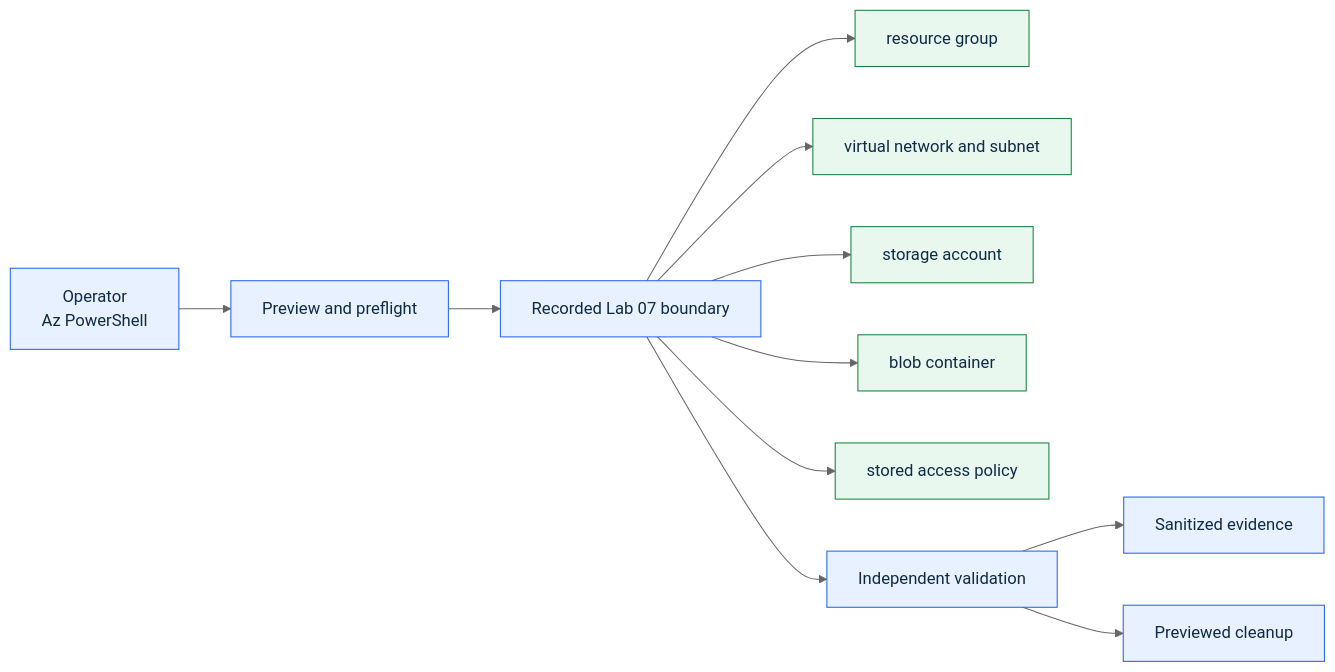
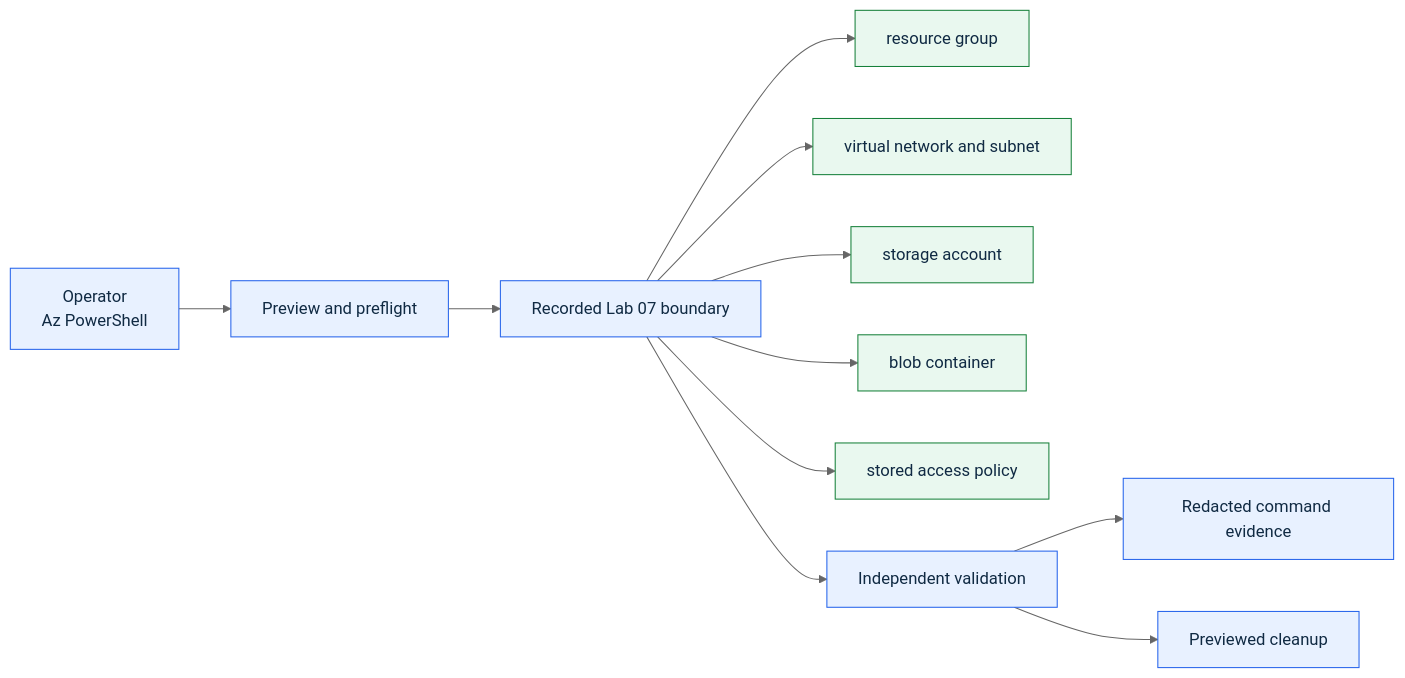
One commit to amineMehdi/az104-azure-administrator-labs changed the diagram in labs/07-storage-network-sas/diagrams/architecture.mmd. Above: the diagram before and after it, drawn with Mermaid (neutral theme). The commit also changed 267 other files, not shown here.

```diff
--- a/labs/07-storage-network-sas/diagrams/architecture.mmd
+++ b/labs/07-storage-network-sas/diagrams/architecture.mmd
@@ -1,15 +1,15 @@
 flowchart LR
     A["Operator<br/>Az PowerShell"] --> P["Preview and preflight"]
     P --> S["Recorded Lab 07 boundary"]
     S --> R1["resource group"]
     S --> R2["virtual network and subnet"]
     S --> R3["storage account"]
     S --> R4["blob container"]
     S --> R5["stored access policy"]
     S --> V["Independent validation"]
-    V --> E["Sanitized evidence"]
+    V --> E["Redacted command evidence"]
     V --> C["Previewed cleanup"]
     classDef control fill:#e8f1ff,stroke:#2563eb,color:#102a43;
     classDef resource fill:#e9f8ef,stroke:#16803a,color:#102a43;
     class A,P,S,V,E,C control;
     class R1,R2,R3,R4,R5 resource;
```
